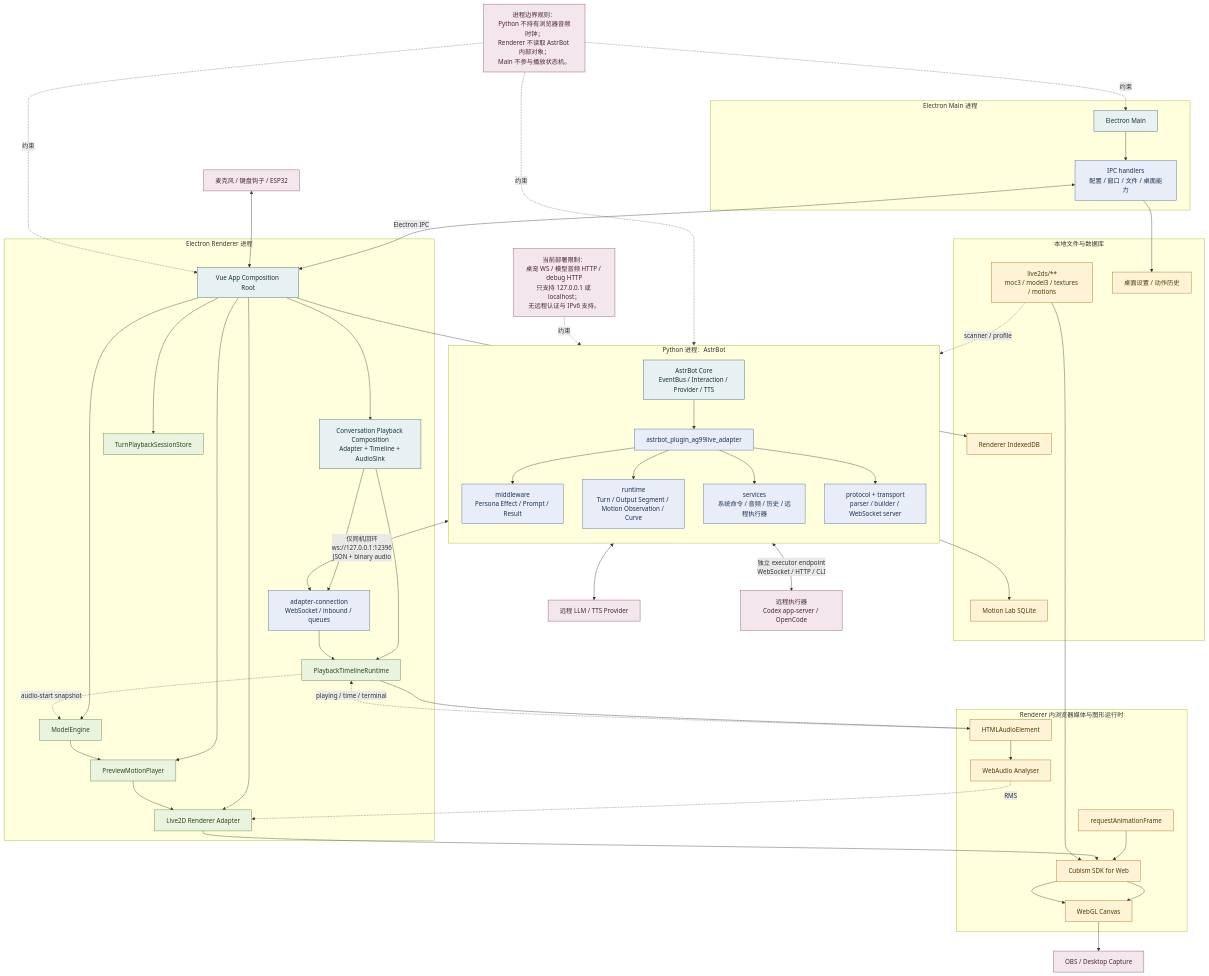
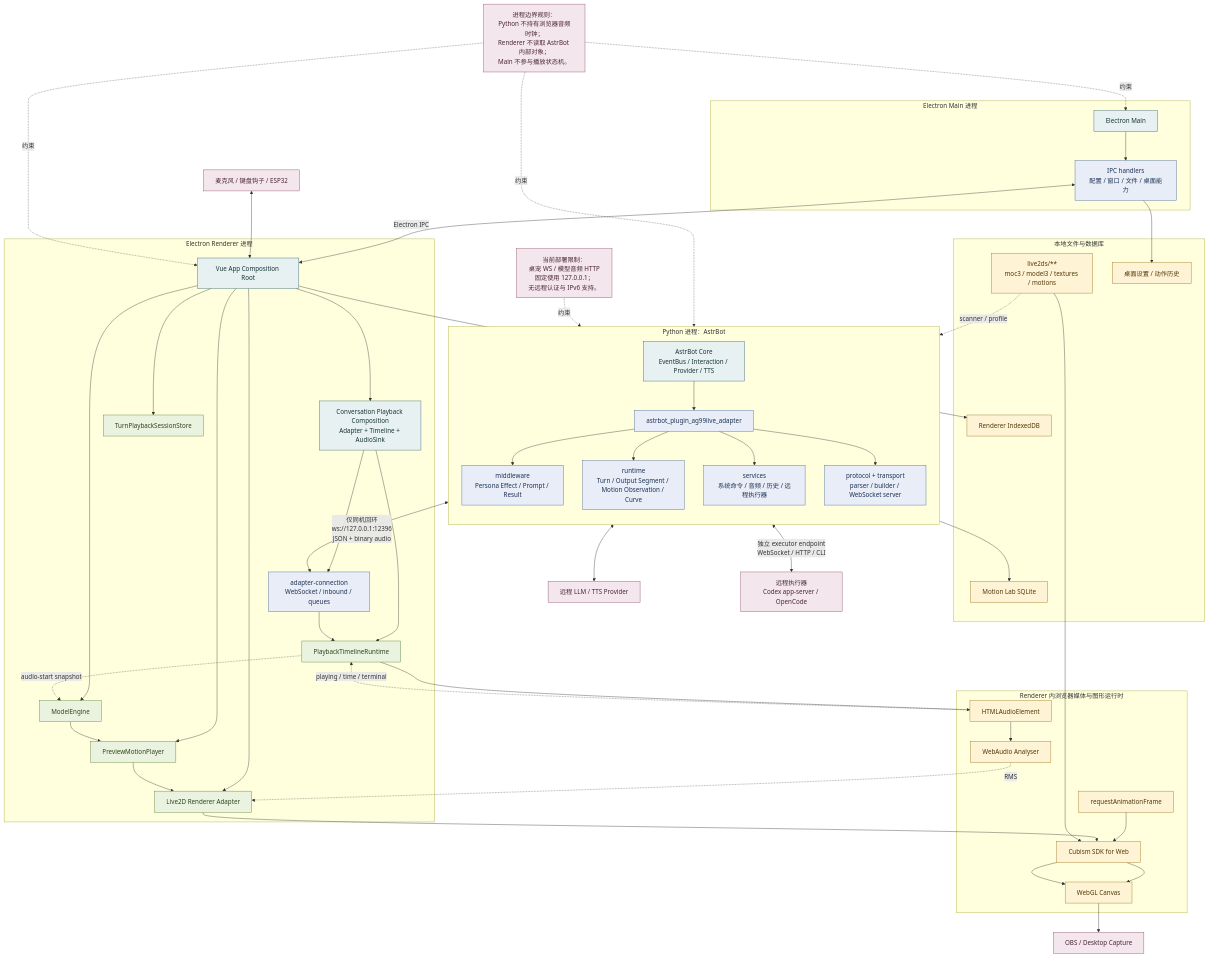
Before and after one commit to murphys7017/AG99live: the diagram in docs/04-流程图与分析图/02-部署与进程边界图.mmd, drawn with Mermaid. The commit also changed 26 other files, not shown here.

```diff
--- a/docs/04-流程图与分析图/02-部署与进程边界图.mmd
+++ b/docs/04-流程图与分析图/02-部署与进程边界图.mmd
@@ -1,94 +1,94 @@
 flowchart TB
     classDef process fill:#e8f1f2,stroke:#2f5d62,color:#163438
     classDef module fill:#e8edf7,stroke:#3e5f93,color:#1d3154
     classDef runtime fill:#e9f3df,stroke:#557a35,color:#2e431d
     classDef io fill:#fff3d6,stroke:#9a6b14,color:#513807
     classDef external fill:#f3e6ec,stroke:#8b4865,color:#4b2637
 
     subgraph PY[Python 进程：AstrBot]
         direction TB
         PYCORE[AstrBot Core<br/>EventBus / Interaction / Provider / TTS]:::process
         PLUGIN[astrbot_plugin_ag99live_adapter]:::module
         MW[middleware<br/>Persona Effect / Prompt / Result]:::module
         RT[runtime<br/>Turn / Output Segment / Motion Observation / Curve]:::module
         SVC[services<br/>系统命令 / 音频 / 历史 / 远程执行器]:::module
         PROTO[protocol + transport<br/>parser / builder / WebSocket server]:::module
         PYCORE --> PLUGIN
         PLUGIN --> MW
         PLUGIN --> RT
         PLUGIN --> SVC
         PLUGIN --> PROTO
     end
 
     subgraph MAIN[Electron Main 进程]
         MAINPROC[Electron Main]:::process
         IPC[IPC handlers<br/>配置 / 窗口 / 文件 / 桌面能力]:::module
         MAINPROC --> IPC
     end
 
     subgraph RENDER[Electron Renderer 进程]
         APP[Vue App Composition Root]:::process
         PLAYBACK[Conversation Playback Composition<br/>Adapter + Timeline + AudioSink]:::process
         ADAPTER[adapter-connection<br/>WebSocket / inbound / queues]:::module
         STORE[TurnPlaybackSessionStore]:::runtime
         TL[PlaybackTimelineRuntime]:::runtime
         ENGINE[ModelEngine]:::runtime
         PLAYER[PreviewMotionPlayer]:::runtime
         L2D[Live2D Renderer Adapter]:::runtime
         APP --> PLAYBACK
         PLAYBACK --> ADAPTER
         APP --> STORE
         PLAYBACK --> TL
         APP --> ENGINE
         APP --> PLAYER
         APP --> L2D
     end
 
     subgraph BROWSER[Renderer 内浏览器媒体与图形运行时]
         MEDIA[HTMLAudioElement]:::io
         WEBAUDIO[WebAudio Analyser]:::io
         WEBGL[WebGL Canvas]:::io
         CUBISM[Cubism SDK for Web]:::io
         RAF[requestAnimationFrame]:::io
         MEDIA --> WEBAUDIO
         CUBISM --> WEBGL
         RAF --> CUBISM
     end
 
     subgraph FS[本地文件与数据库]
         MODELS[live2ds/**<br/>moc3 / model3 / textures / motions]:::io
         DB[Motion Lab SQLite]:::io
         IDB[Renderer IndexedDB]:::io
         SETTINGS[桌面设置 / 动作历史]:::io
     end
 
     PROVIDERS[远程 LLM / TTS Provider]:::external
     EXECUTOR[远程执行器<br/>Codex app-server / OpenCode]:::external
     OBS[OBS / Desktop Capture]:::external
     DEVICE[麦克风 / 键盘钩子 / ESP32]:::external
 
     PYCORE <--> PROVIDERS
     RT <-->|独立 executor endpoint<br/>WebSocket / HTTP / CLI| EXECUTOR
     PROTO <-->|仅同机回环<br/>ws://127.0.0.1:12396<br/>JSON + binary audio| ADAPTER
     IPC <-->|Electron IPC| APP
     ADAPTER --> TL
     TL --> MEDIA
     MEDIA -.playing / time / terminal.-> TL
     WEBAUDIO -.RMS.-> L2D
     ENGINE --> PLAYER --> L2D --> CUBISM
     TL -.audio-start snapshot.-> ENGINE
     CUBISM --> WEBGL --> OBS
 
     MODELS --> CUBISM
     MODELS -.scanner / profile.-> PLUGIN
     RT --> DB
     APP --> IDB
     IPC --> SETTINGS
     DEVICE <--> APP
 
     note1[进程边界规则：<br/>Python 不持有浏览器音频时钟；<br/>Renderer 不读取 AstrBot 内部对象；<br/>Main 不参与播放状态机。]:::external
-    note2[当前部署限制：<br/>桌宠 WS / 模型音频 HTTP / debug HTTP<br/>只支持 127.0.0.1 或 localhost；<br/>无远程认证与 IPv6 支持。]:::external
+    note2[当前部署限制：<br/>桌宠 WS / 模型音频 HTTP<br/>固定使用 127.0.0.1；<br/>无远程认证与 IPv6 支持。]:::external
     note1 -.约束.-> PYCORE
     note1 -.约束.-> APP
     note1 -.约束.-> MAINPROC
     note2 -.约束.-> PROTO
```
